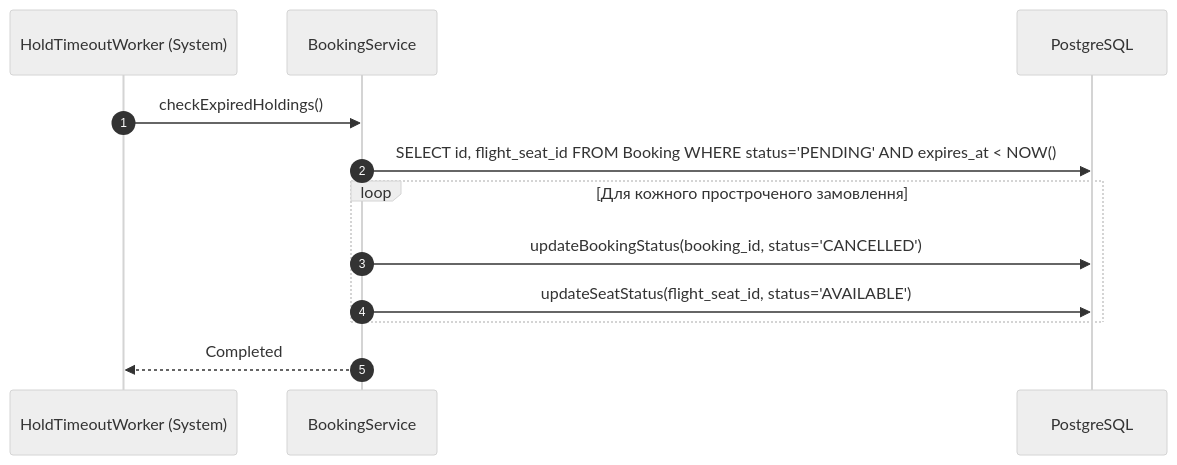
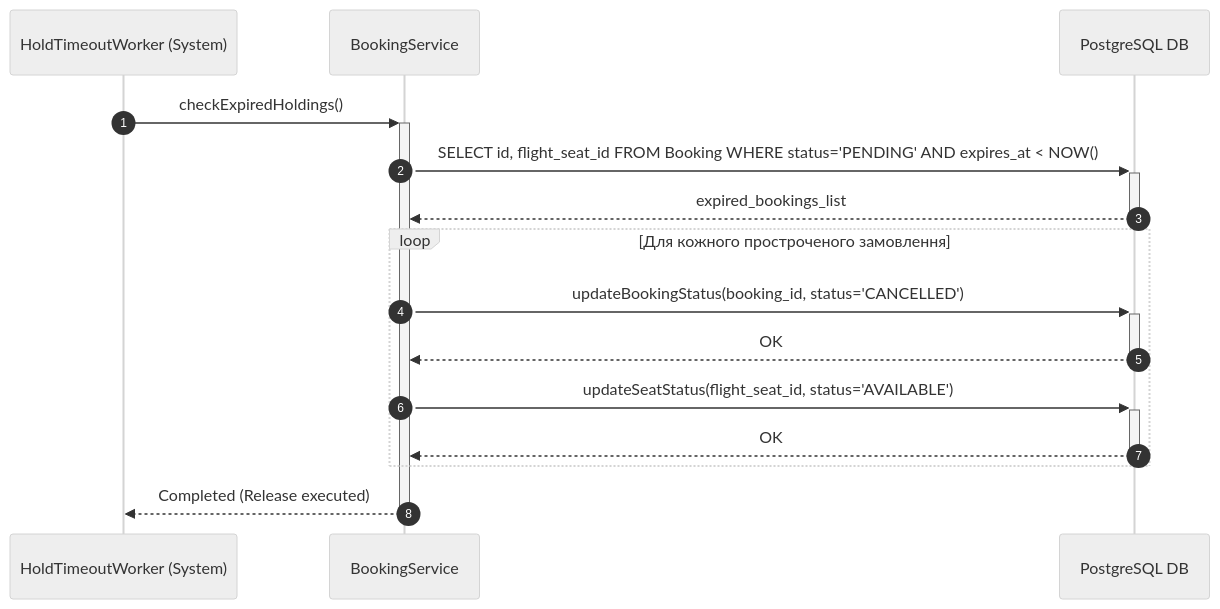
The sixth of 6 diagrams in README.md (MVlance/kpi2_laba), drawn with Mermaid (neutral theme) before and after one commit. The commit also changed other lines of this file, not shown here.

Commit message:
refactor(sequence-diagrams): add activations and deactivations, return signals and async notification par block

````diff
--- a/README.md
+++ b/README.md
@@ -275,17 +296,20 @@
 ```mermaid
 sequenceDiagram
     autonumber
     participant Worker as HoldTimeoutWorker (System)
     participant Service as BookingService
-    participant DB as PostgreSQL
+    participant DB as PostgreSQL DB
 
-    Worker->>Service: checkExpiredHoldings()
-    Service->>DB: SELECT id, flight_seat_id FROM Booking WHERE status='PENDING' AND expires_at < NOW()
+    Worker->>+Service: checkExpiredHoldings()
+    Service->>+DB: SELECT id, flight_seat_id FROM Booking WHERE status='PENDING' AND expires_at < NOW()
+    DB-->>-Service: expired_bookings_list
 
     loop Для кожного простроченого замовлення
-        Service->>DB: updateBookingStatus(booking_id, status='CANCELLED')
-        Service->>DB: updateSeatStatus(flight_seat_id, status='AVAILABLE')
+        Service->>+DB: updateBookingStatus(booking_id, status='CANCELLED')
+        DB-->>-Service: OK
+        Service->>+DB: updateSeatStatus(flight_seat_id, status='AVAILABLE')
+        DB-->>-Service: OK
     end
 
-    Service-->>Worker: Completed
+    Service-->>-Worker: Completed (Release executed)
 ```
````
